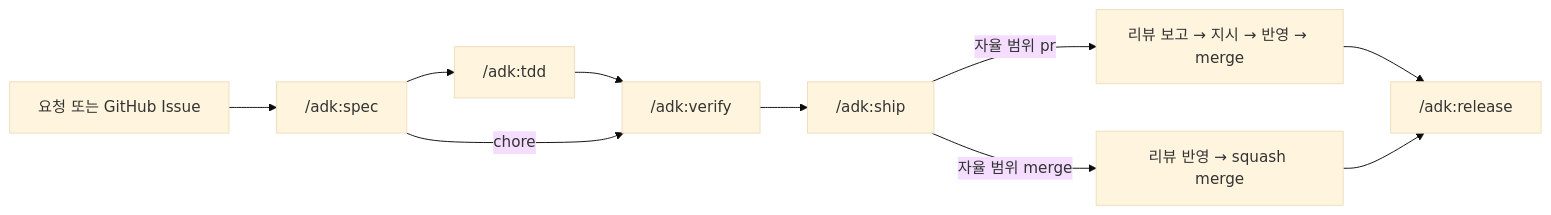
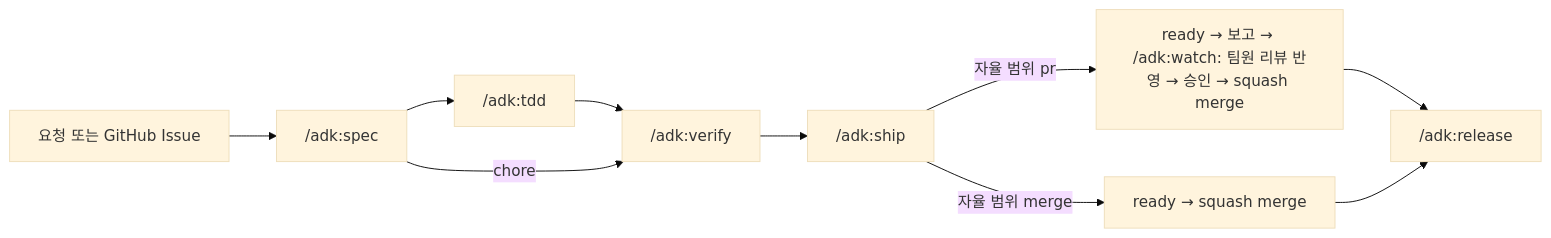
One commit to hwanyu365/agentic-dev-kit changed the diagram in README.md. Above: the diagram before and after it, drawn with Mermaid (base theme). The commit also changed other lines of this file and 13 other files, not shown here.

````diff
--- a/README.md
+++ b/README.md
@@ -38,8 +38,8 @@
 ```mermaid
 flowchart LR
   I[요청 또는 GitHub Issue] --> S["/adk:spec"] --> T["/adk:tdd"] --> V["/adk:verify"] --> P["/adk:ship"]
   S -->|chore| V
-  P -->|자율 범위 pr| R[리뷰 보고 → 지시 → 반영 → merge]
-  P -->|자율 범위 merge| M[리뷰 반영 → squash merge]
+  P -->|자율 범위 pr| R["ready → 보고 → /adk:watch: 팀원 리뷰 반영 → 승인 → squash merge"]
+  P -->|자율 범위 merge| M[ready → squash merge]
   R & M --> L["/adk:release"]
 ```
````
